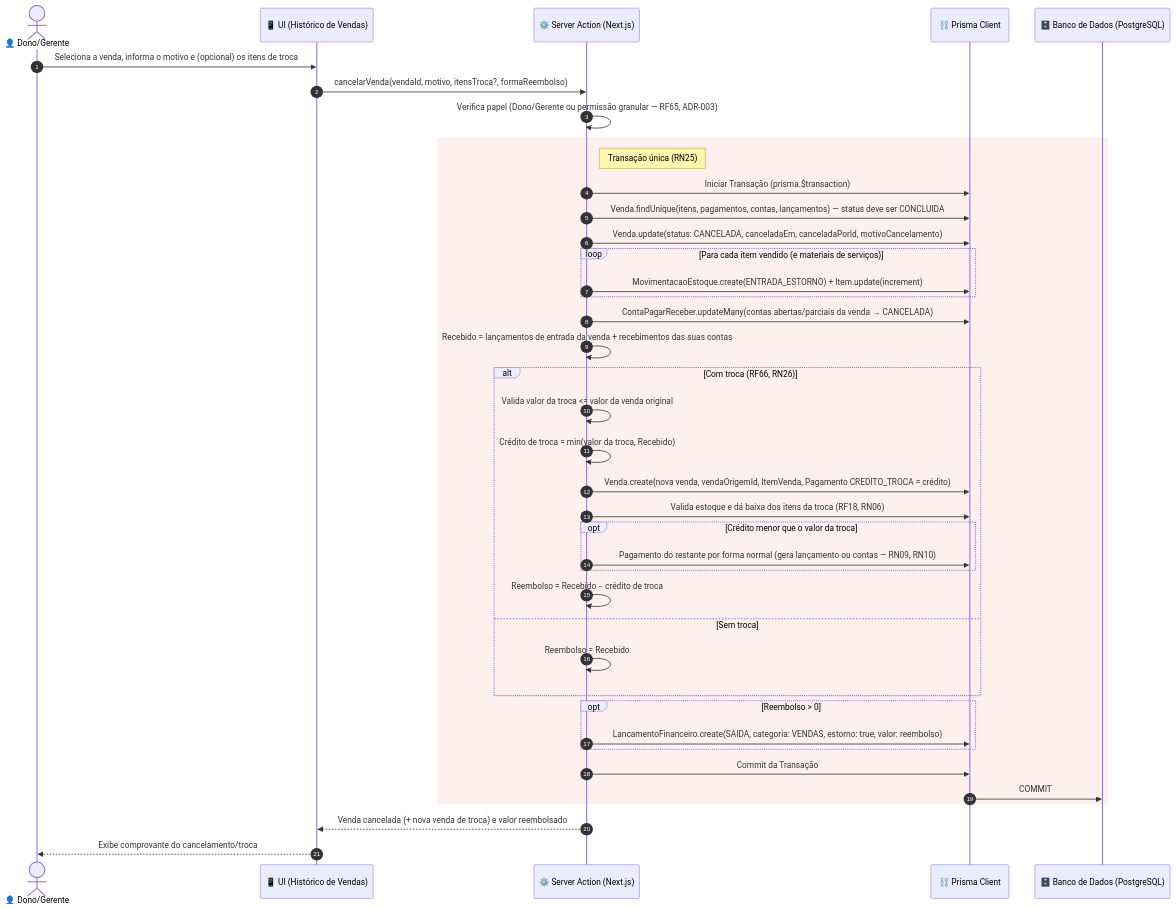
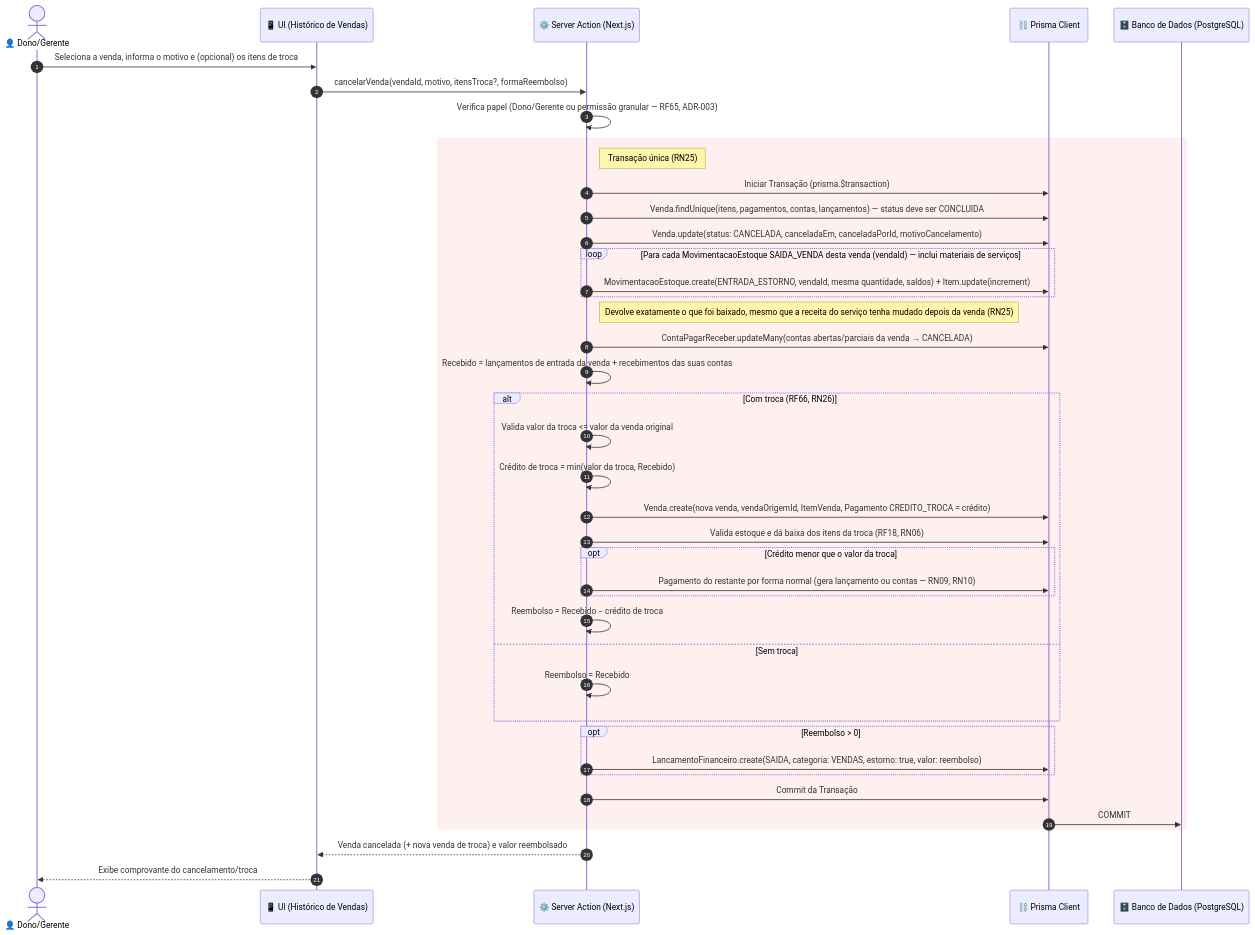
The fourth of 4 diagrams in docs/dominio_fluxogramas/DIAGRAMAS_COMPORTAMENTAIS.md (VitorHashimoto21/projeto_HE_modelagem_de_sistemas), drawn with Mermaid before and after one commit. The commit also changed other lines of this file and 3 other files, not shown here.

First line of the commit message:
Atualiza diagramas comportamentais

````diff
--- a/docs/dominio_fluxogramas/DIAGRAMAS_COMPORTAMENTAIS.md
+++ b/docs/dominio_fluxogramas/DIAGRAMAS_COMPORTAMENTAIS.md
@@ -229,50 +246,51 @@
 ```mermaid
 sequenceDiagram
     autonumber
     actor Operador as 👤 Dono/Gerente
     participant UI as 📱 UI (Histórico de Vendas)
     participant Action as ⚙️ Server Action (Next.js)
     participant ORM as ⛓️ Prisma Client
     participant DB as 🗄️ Banco de Dados (PostgreSQL)
 
     Operador->>UI: Seleciona a venda, informa o motivo e (opcional) os itens de troca
     UI->>Action: cancelarVenda(vendaId, motivo, itensTroca?, formaReembolso)
     Action->>Action: Verifica papel (Dono/Gerente ou permissão granular — RF65, ADR-003)
 
     rect rgb(255, 240, 240)
         note right of Action: Transação única (RN25)
         Action->>ORM: Iniciar Transação (prisma.$transaction)
         Action->>ORM: Venda.findUnique(itens, pagamentos, contas, lançamentos) — status deve ser CONCLUIDA
         Action->>ORM: Venda.update(status: CANCELADA, canceladaEm, canceladaPorId, motivoCancelamento)
 
-        loop Para cada item vendido (e materiais de serviços)
-            Action->>ORM: MovimentacaoEstoque.create(ENTRADA_ESTORNO) + Item.update(increment)
+        loop Para cada MovimentacaoEstoque SAIDA_VENDA desta venda (vendaId) — inclui materiais de serviços
+            Action->>ORM: MovimentacaoEstoque.create(ENTRADA_ESTORNO, vendaId, mesma quantidade, saldos) + Item.update(increment)
         end
+        note right of Action: Devolve exatamente o que foi baixado, mesmo que a receita do serviço tenha mudado depois da venda (RN25)
 
         Action->>ORM: ContaPagarReceber.updateMany(contas abertas/parciais da venda → CANCELADA)
         Action->>Action: Recebido = lançamentos de entrada da venda + recebimentos das suas contas
 
         alt Com troca (RF66, RN26)
             Action->>Action: Valida valor da troca <= valor da venda original
             Action->>Action: Crédito de troca = min(valor da troca, Recebido)
             Action->>ORM: Venda.create(nova venda, vendaOrigemId, ItemVenda, Pagamento CREDITO_TROCA = crédito)
             Action->>ORM: Valida estoque e dá baixa dos itens da troca (RF18, RN06)
             opt Crédito menor que o valor da troca
                 Action->>ORM: Pagamento do restante por forma normal (gera lançamento ou contas — RN09, RN10)
             end
             Action->>Action: Reembolso = Recebido − crédito de troca
         else Sem troca
             Action->>Action: Reembolso = Recebido
         end
 
         opt Reembolso > 0
             Action->>ORM: LancamentoFinanceiro.create(SAIDA, categoria: VENDAS, estorno: true, valor: reembolso)
         end
 
         Action->>ORM: Commit da Transação
         ORM->>DB: COMMIT
     end
 
     Action-->>UI: Venda cancelada (+ nova venda de troca) e valor reembolsado
     UI-->>Operador: Exibe comprovante do cancelamento/troca
 ```
````
